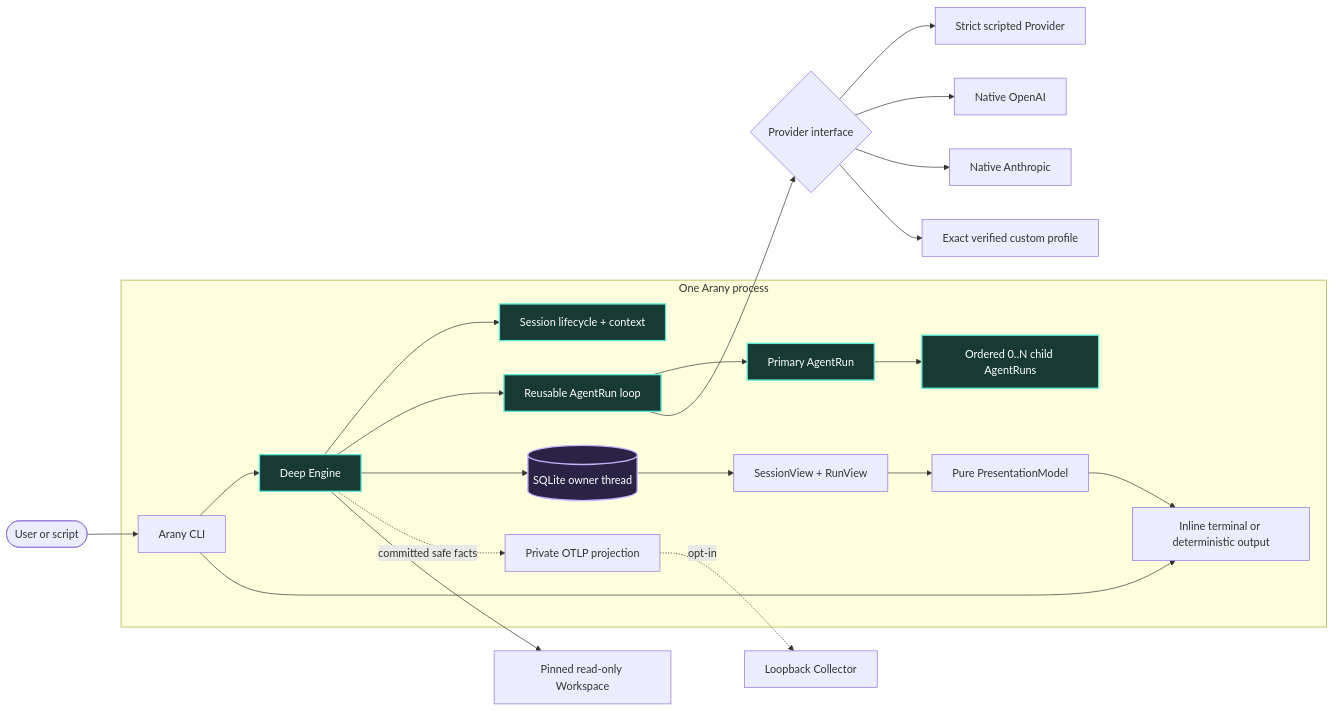
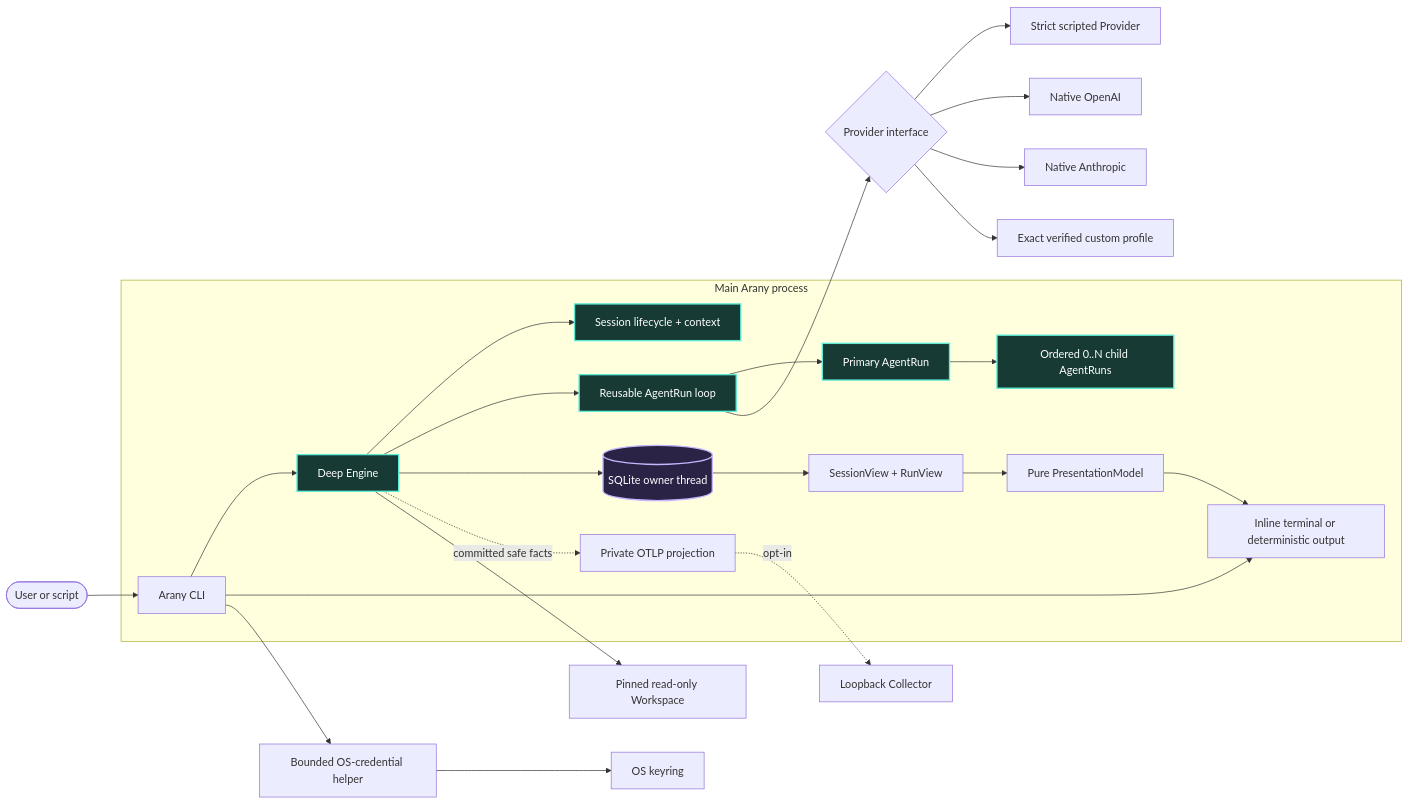
Before and after one commit to fpmirabile/arany: the diagram in docs/architecture/system-overview.md, drawn with Mermaid. The commit also changed other lines of this file and 30 other files, not shown here.

````diff
--- a/docs/architecture/system-overview.md
+++ b/docs/architecture/system-overview.md
@@ -31,31 +31,33 @@
 ```mermaid
 flowchart LR
     User([User or script]) --> CLI[Arany CLI]
 
-    subgraph Process[One Arany process]
+    subgraph Process[Main Arany process]
         CLI --> Engine[Deep Engine]
         CLI --> Terminal[Inline terminal or deterministic output]
         Engine --> Session[Session lifecycle + context]
         Engine --> Loop[Reusable AgentRun loop]
         Loop --> Primary[Primary AgentRun]
         Primary --> Children[Ordered 0..N child AgentRuns]
         Engine --> Store[(SQLite owner thread)]
         Store --> Views[SessionView + RunView]
         Views --> Presentation[Pure PresentationModel]
         Presentation --> Terminal
         Engine -. committed safe facts .-> OTLP[Private OTLP projection]
     end
 
     Loop --> Provider{Provider interface}
     Provider --> Fake[Strict scripted Provider]
     Provider --> OpenAI[Native OpenAI]
     Provider --> Anthropic[Native Anthropic]
     Provider --> Custom[Exact verified custom profile]
     Engine --> Workspace[Pinned read-only Workspace]
     OTLP -. opt-in .-> Collector[Loopback Collector]
+    CLI --> CredentialHelper[Bounded OS-credential helper]
+    CredentialHelper --> Keyring[OS keyring]
 
     classDef deep fill:#173b34,color:#fff,stroke:#5eead4,stroke-width:2px;
     classDef canonical fill:#2b2346,color:#fff,stroke:#c4b5fd,stroke-width:2px;
     class Engine,Session,Loop,Primary,Children deep;
     class Store canonical;
 ```
````
